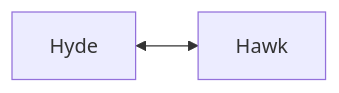
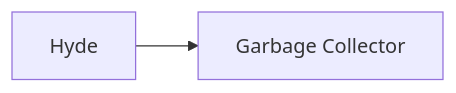
Before and after one commit to skirexwastaken/Hyde: the diagram in README.md, drawn with Mermaid.

````diff
--- a/README.md
+++ b/README.md
@@ -19,6 +19,9 @@
 ```mermaid
 graph LR
 
-A[Hyde] <--> B[Hawk]
+A[Hyde]
+B[Garbage Collector]
+
+A --> B
 
 ```
````
